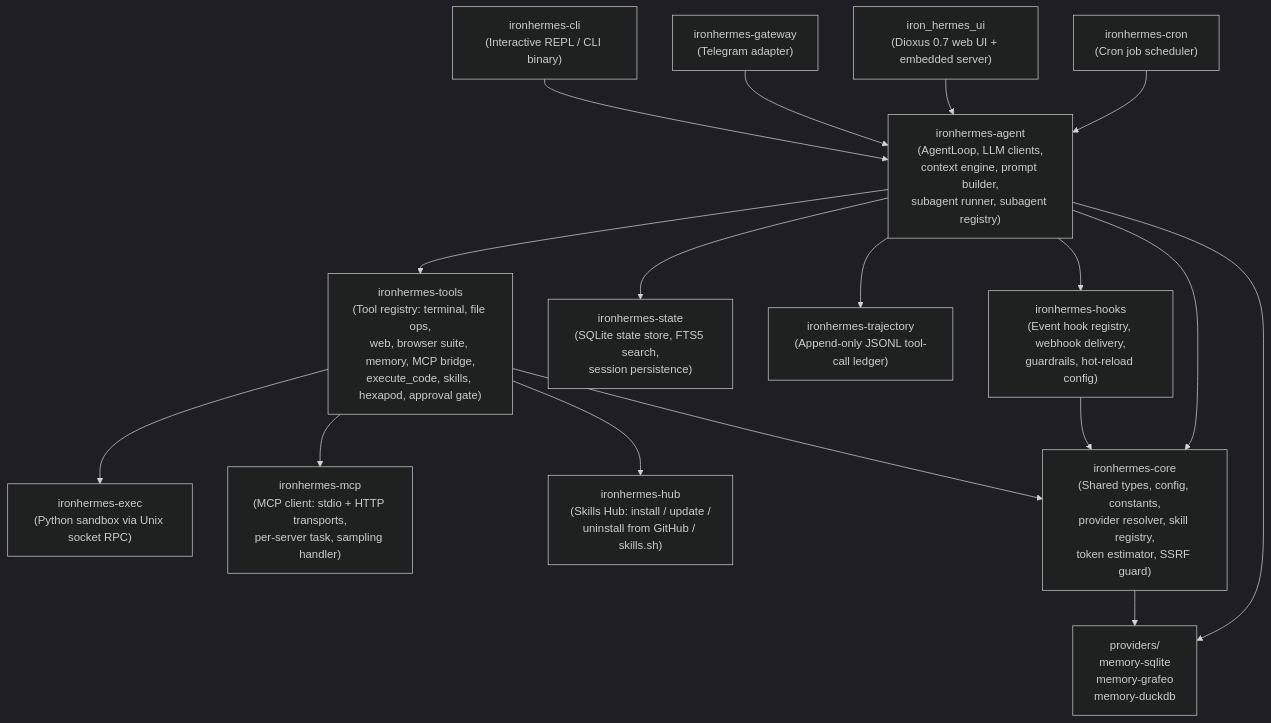
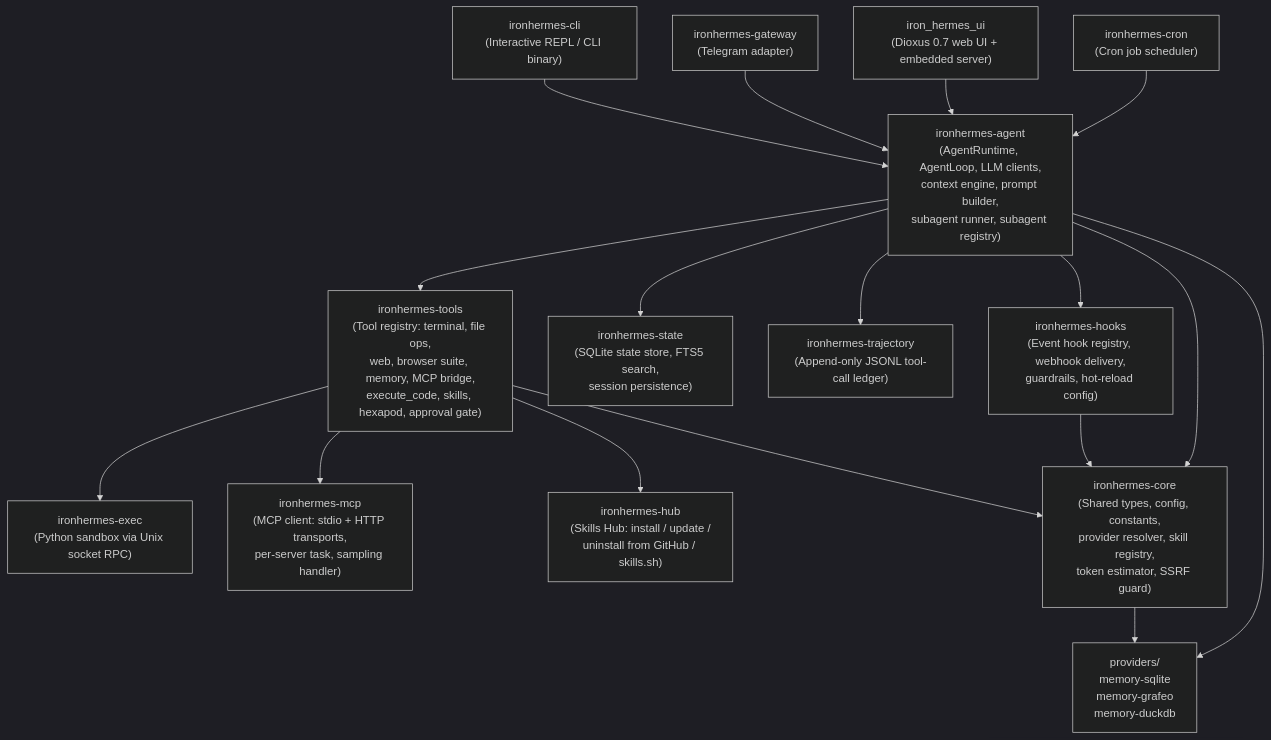
Before and after one commit to bradwilson331/iron-hermes: the diagram in docs/ARCHITECTURE.md, drawn with Mermaid (dark theme). The commit also changed other lines of this file and 410 other files, not shown here.

````diff
--- a/docs/ARCHITECTURE.md
+++ b/docs/ARCHITECTURE.md
@@ -12,48 +12,48 @@
 ```mermaid
 graph TD
     CLI["ironhermes-cli\n(Interactive REPL / CLI binary)"]
     GW["ironhermes-gateway\n(Telegram adapter)"]
     UI["iron_hermes_ui\n(Dioxus 0.7 web UI + embedded server)"]
 
-    AGENT["ironhermes-agent\n(AgentLoop, LLM clients,\ncontext engine, prompt builder,\nsubagent runner, subagent registry)"]
+    AGENT["ironhermes-agent\n(AgentRuntime, AgentLoop, LLM clients,\ncontext engine, prompt builder,\nsubagent runner, subagent registry)"]
 
     TOOLS["ironhermes-tools\n(Tool registry: terminal, file ops,\nweb, browser suite, memory, MCP bridge,\nexecute_code, skills, hexapod, approval gate)"]
 
     CORE["ironhermes-core\n(Shared types, config, constants,\nprovider resolver, skill registry,\ntoken estimator, SSRF guard)"]
 
     STATE["ironhermes-state\n(SQLite state store, FTS5 search,\nsession persistence)"]
 
     TRAJ["ironhermes-trajectory\n(Append-only JSONL tool-call ledger)"]
 
     HOOKS["ironhermes-hooks\n(Event hook registry, webhook delivery,\nguardrails, hot-reload config)"]
 
     EXEC["ironhermes-exec\n(Python sandbox via Unix socket RPC)"]
 
     HUB["ironhermes-hub\n(Skills Hub: install / update /\nuninstall from GitHub / skills.sh)"]
 
     MCP["ironhermes-mcp\n(MCP client: stdio + HTTP transports,\nper-server task, sampling handler)"]
 
     CRON["ironhermes-cron\n(Cron job scheduler)"]
 
     MEM["providers/\nmemory-sqlite\nmemory-grafeo\nmemory-duckdb"]
 
     CLI --> AGENT
     GW  --> AGENT
     UI  --> AGENT
 
     AGENT --> TOOLS
     AGENT --> STATE
     AGENT --> TRAJ
     AGENT --> HOOKS
     AGENT --> CORE
 
     TOOLS --> EXEC
     TOOLS --> MCP
     TOOLS --> HUB
     TOOLS --> CORE
 
     AGENT --> MEM
     HOOKS --> CORE
     CRON  --> AGENT
     CORE  --> MEM
 ```
````
